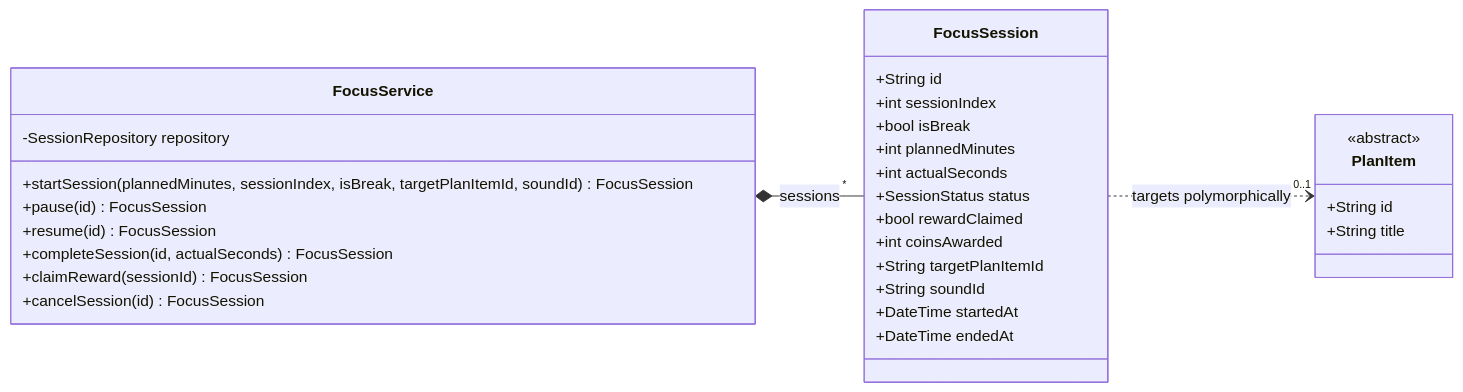
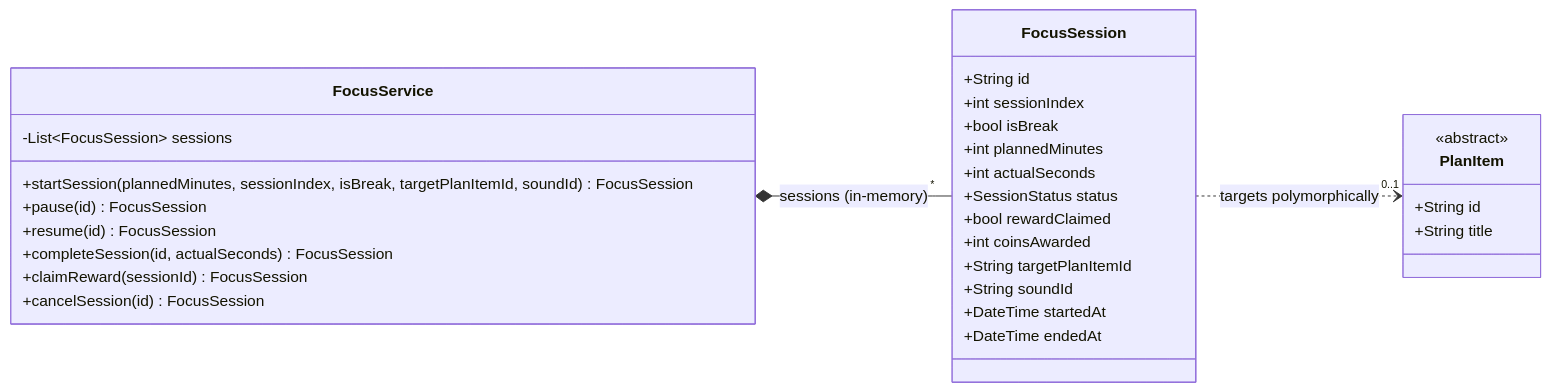
One commit to Ryuo-chhi/TaskStella changed the third of 7 diagrams in docs/04-services-and-rules.md. Above: the diagram before and after it, drawn with Mermaid. The commit also changed other lines of this file and 33 other files, not shown here.

````diff
--- a/docs/04-services-and-rules.md
+++ b/docs/04-services-and-rules.md
@@ -123,38 +125,38 @@
 ```mermaid
 classDiagram
     direction LR
 
     class FocusService {
-        -SessionRepository repository
+        -List~FocusSession~ sessions
         +startSession(plannedMinutes, sessionIndex, isBreak, targetPlanItemId, soundId) FocusSession
         +pause(id) FocusSession
         +resume(id) FocusSession
         +completeSession(id, actualSeconds) FocusSession
         +claimReward(sessionId) FocusSession
         +cancelSession(id) FocusSession
     }
 
     class FocusSession {
         +String id
         +int sessionIndex
         +bool isBreak
         +int plannedMinutes
         +int actualSeconds
         +SessionStatus status
         +bool rewardClaimed
         +int coinsAwarded
         +String targetPlanItemId
         +String soundId
         +DateTime startedAt
         +DateTime endedAt
     }
 
     class PlanItem {
         <<abstract>>
         +String id
         +String title
     }
 
-    FocusService *-- "*" FocusSession : sessions
+    FocusService *-- "*" FocusSession : sessions (in-memory)
     FocusSession ..> "0..1" PlanItem : targets polymorphically
 ```
````
